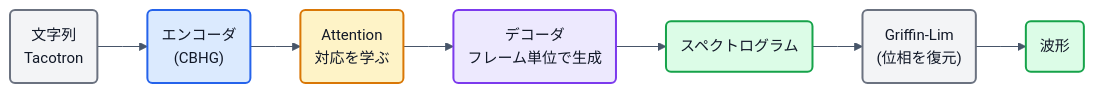
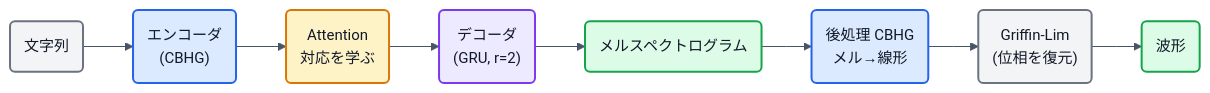
One commit to nnn112358/zenn_001 changed the second of 2 diagrams in articles/tacotron-for-cats.md. Above: the diagram before and after it, drawn with Mermaid. The commit also changed other lines of this file and 29 other files, not shown here.

````diff
--- a/articles/tacotron-for-cats.md
+++ b/articles/tacotron-for-cats.md
@@ -46,15 +75,16 @@
 ```mermaid
 %%{init: {'theme':'base','themeVariables':{'lineColor':'#475569','fontFamily':'Noto Sans CJK JP, sans-serif','fontSize':'15px'},'flowchart':{'padding':14,'nodeSpacing':46,'rankSpacing':50,'curve':'linear'}}}%%
 flowchart LR
-    C("文字列<br/>Tacotron"):::gray --> E("エンコーダ<br/>(CBHG)"):::blue
+    C("文字列"):::gray --> E("エンコーダ<br/>(CBHG)"):::blue
     E --> AT("Attention<br/>対応を学ぶ"):::amber
-    AT --> D("デコーダ<br/>フレーム単位で生成"):::purple
-    D --> S("スペクトログラム"):::green
-    S --> GL("Griffin-Lim<br/>(位相を復元)"):::gray
+    AT --> D("デコーダ<br/>(GRU, r=2)"):::purple
+    D --> MEL("メルスペクトログラム"):::green
+    MEL --> POST("後処理 CBHG<br/>メル→線形"):::blue
+    POST --> GL("Griffin-Lim<br/>(位相を復元)"):::gray
     GL --> W("波形"):::green
     classDef blue fill:#dbeafe,stroke:#2563eb,stroke-width:2px,color:#111827
     classDef amber fill:#fef3c7,stroke:#d97706,stroke-width:2px,color:#111827
     classDef purple fill:#ede9fe,stroke:#7c3aed,stroke-width:2px,color:#111827
     classDef green fill:#dcfce7,stroke:#16a34a,stroke-width:2px,color:#111827
     classDef gray fill:#f3f4f6,stroke:#6b7280,stroke-width:2px,color:#111827
 ```
````
